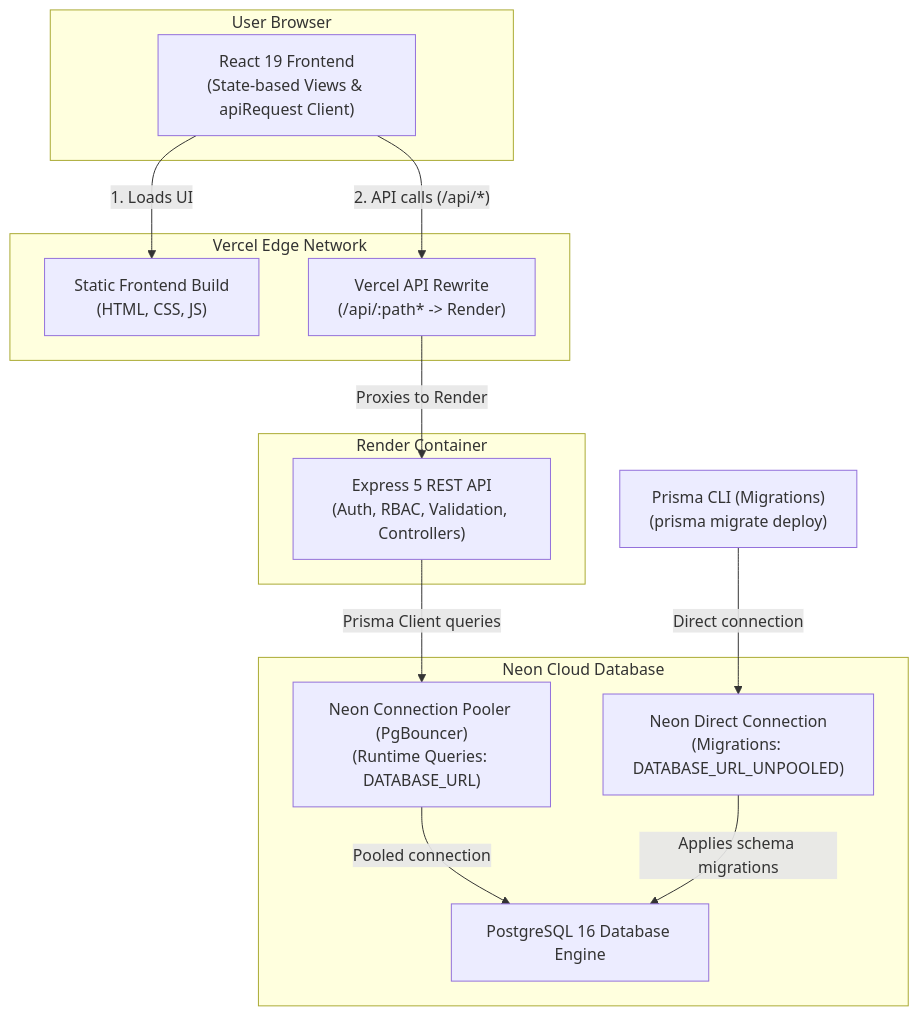
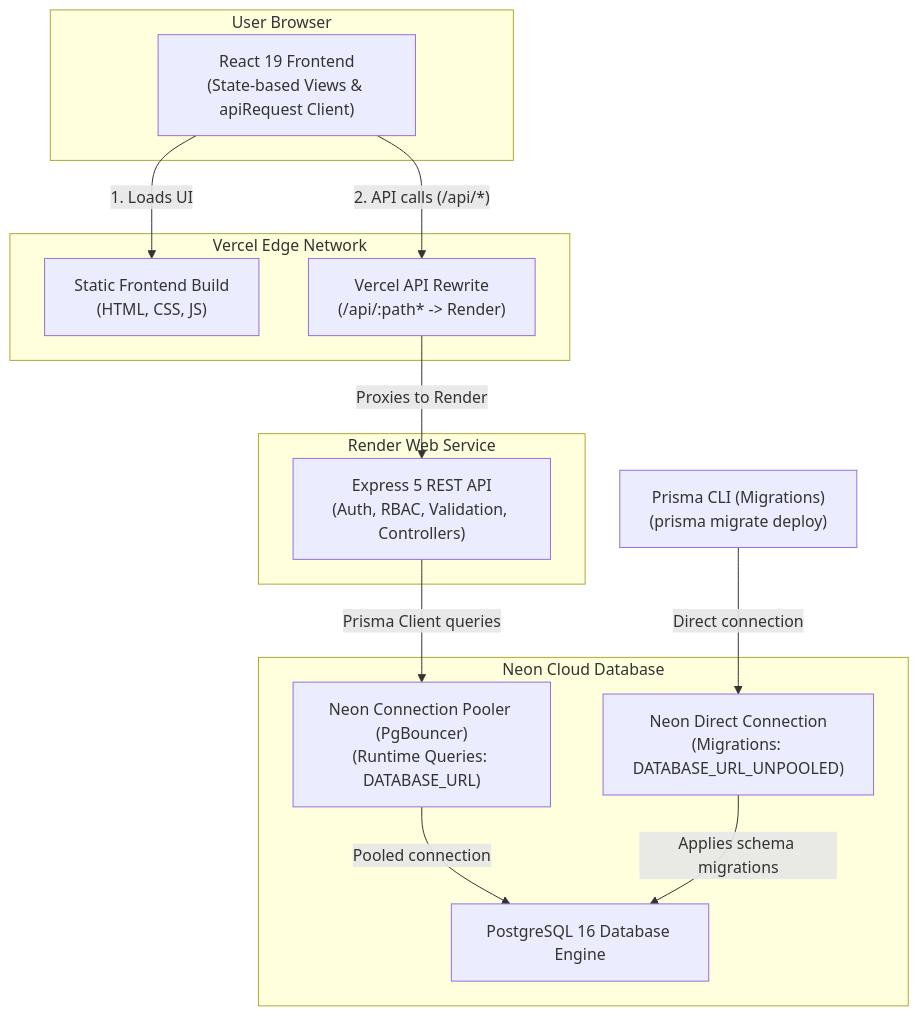
The diagram in README.md (bhavanaaa-1/fridge-police), drawn with Mermaid before and after one commit. The commit also changed other lines of this file and 2 other files, not shown here.

Commit message:
docs: align backend service description, bcrypt hashing, and lazy expiration

````diff
--- a/README.md
+++ b/README.md
@@ -74,29 +74,29 @@
 ```mermaid
 flowchart TD
     subgraph Browser ["User Browser"]
         ReactApp["React 19 Frontend<br/>(State-based Views & apiRequest Client)"]
     end
 
     subgraph Vercel ["Vercel Edge Network"]
         StaticAssets["Static Frontend Build<br/>(HTML, CSS, JS)"]
         VercelRewrite["Vercel API Rewrite<br/>(/api/:path* -> Render)"]
     end
 
-    subgraph Render ["Render Container"]
+    subgraph Render ["Render Web Service"]
         ExpressAPI["Express 5 REST API<br/>(Auth, RBAC, Validation, Controllers)"]
     end
 
     subgraph Neon ["Neon Cloud Database"]
         PgBouncer["Neon Connection Pooler (PgBouncer)<br/>(Runtime Queries: DATABASE_URL)"]
         DirectPostgres["Neon Direct Connection<br/>(Migrations: DATABASE_URL_UNPOOLED)"]
         PostgresDB["PostgreSQL 16 Database Engine"]
     end
 
     ReactApp -->|"1. Loads UI"| StaticAssets
     ReactApp -->|"2. API calls (/api/*)"| VercelRewrite
     VercelRewrite -->|"Proxies to Render"| ExpressAPI
     ExpressAPI -->|"Prisma Client queries"| PgBouncer
     PgBouncer -->|"Pooled connection"| PostgresDB
     PrismaCLI["Prisma CLI (Migrations)<br/>(prisma migrate deploy)"] -->|"Direct connection"| DirectPostgres
     DirectPostgres -->|"Applies schema migrations"| PostgresDB
 ```
````
